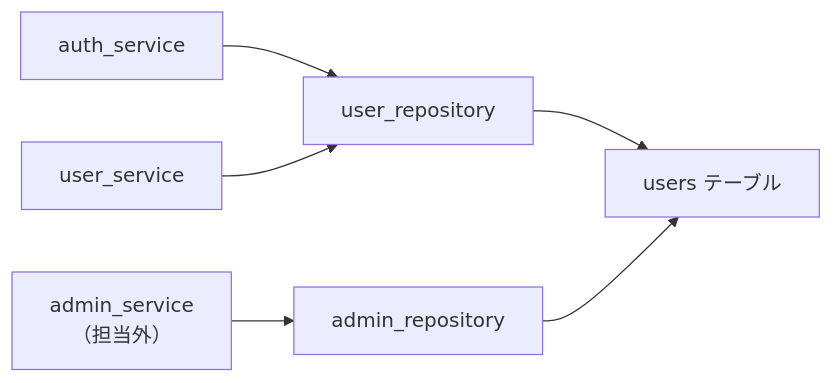
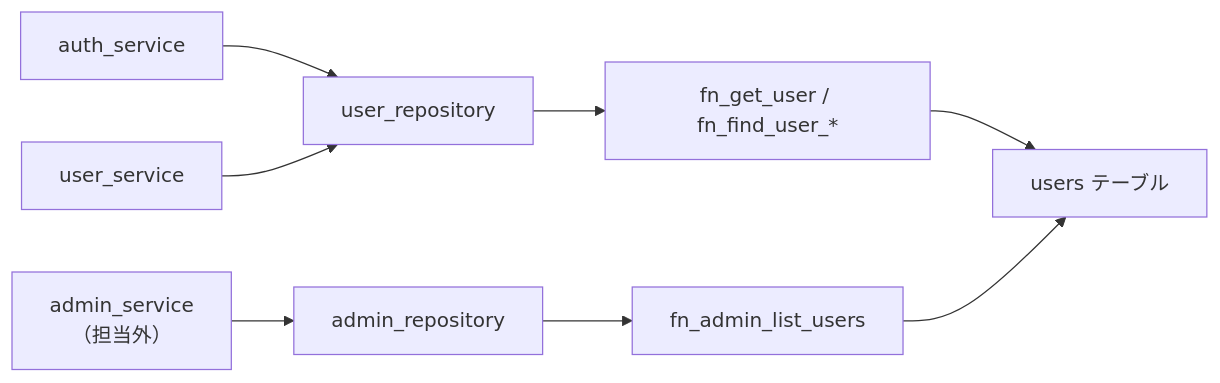
The third of 3 diagrams in docs/detailed_design/database/01_table_users.md (oikawa-d/task_management), drawn with Mermaid before and after one commit. The commit also changed other lines of this file and 2 other files, not shown here.

````diff
--- a/docs/detailed_design/database/01_table_users.md
+++ b/docs/detailed_design/database/01_table_users.md
@@ -292,8 +292,10 @@
 ```mermaid
 flowchart LR
     AS["auth_service"] --> URP["user_repository"]
     US["user_service"] --> URP
     ADS["admin_service<br/>（担当外）"] --> ARP["admin_repository"]
-    URP --> T["users テーブル"]
-    ARP --> T
+    URP --> UFN["fn_get_user / fn_find_user_*"]
+    ARP --> AFN["fn_admin_list_users"]
+    UFN --> T["users テーブル"]
+    AFN --> T
 ```
````
